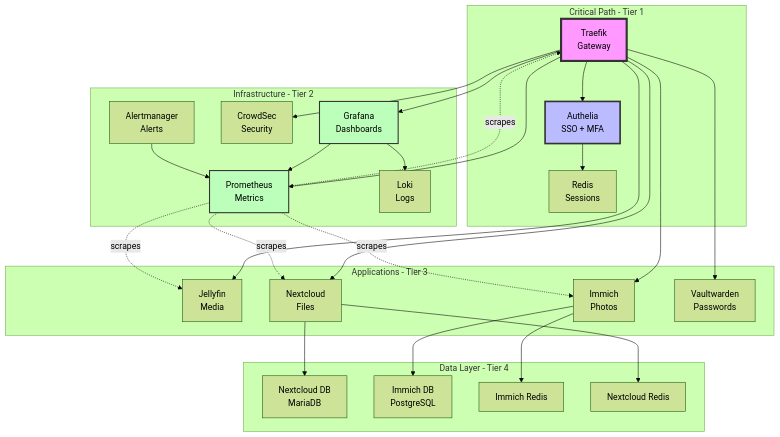
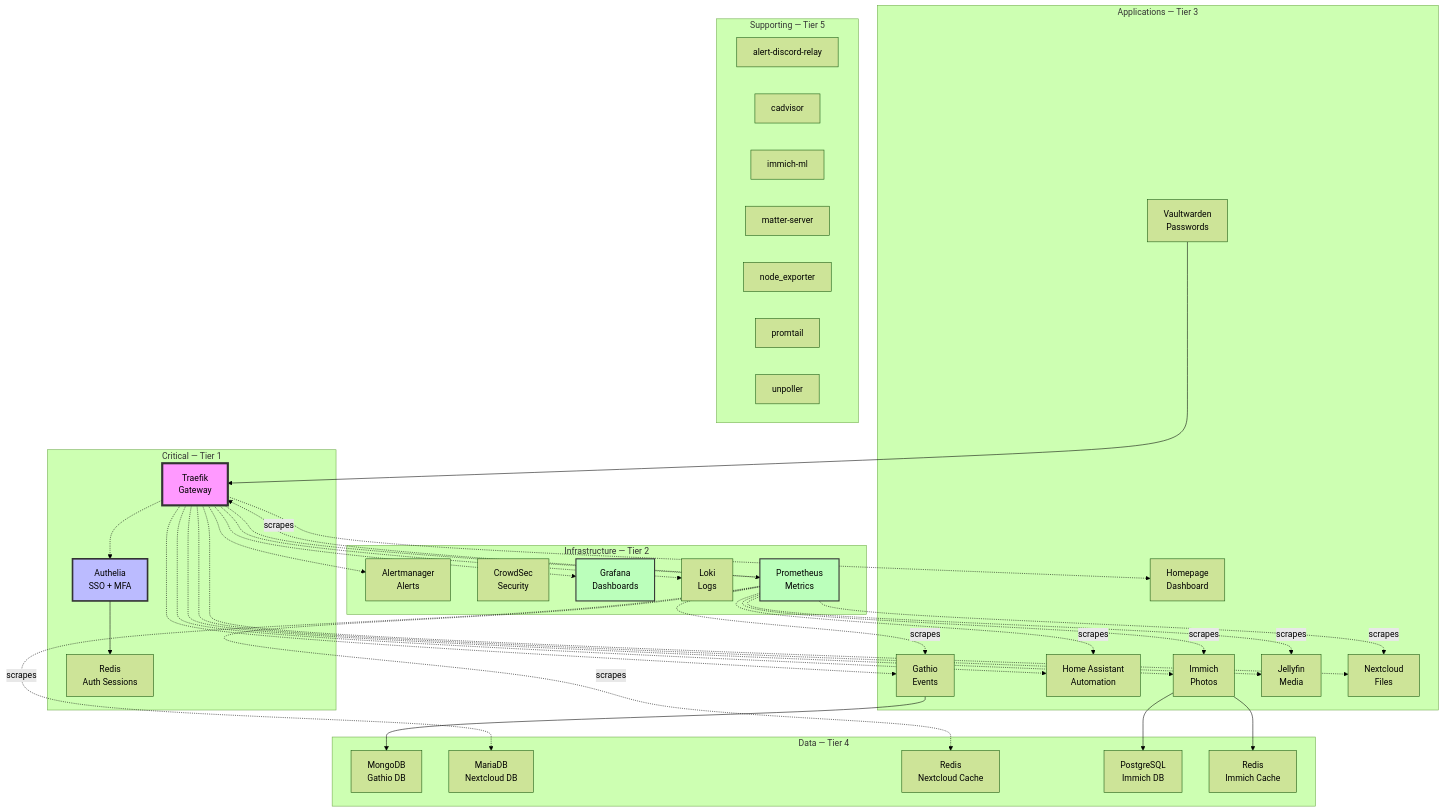
Before and after one commit to vonrobak/fedora-homelab-containers: the diagram in docs/AUTO-DEPENDENCY-GRAPH.md, drawn with Mermaid (forest theme). The commit also changed other lines of this file and 7 other files, not shown here.

````diff
--- a/docs/AUTO-DEPENDENCY-GRAPH.md
+++ b/docs/AUTO-DEPENDENCY-GRAPH.md
@@ -14,66 +12,80 @@
 ```mermaid
 graph TB
-    subgraph Critical[Critical Path - Tier 1]
+    subgraph Critical[Critical — Tier 1]
+        authelia[Authelia<br/>SSO + MFA]
+        redis_authelia[Redis<br/>Auth Sessions]
         traefik[Traefik<br/>Gateway]
-        authelia[Authelia<br/>SSO + MFA]
-        redis_authelia[Redis<br/>Sessions]
     end
 
-    subgraph Infrastructure[Infrastructure - Tier 2]
-        prometheus[Prometheus<br/>Metrics]
+    subgraph Infrastructure[Infrastructure — Tier 2]
+        alertmanager[Alertmanager<br/>Alerts]
+        crowdsec[CrowdSec<br/>Security]
         grafana[Grafana<br/>Dashboards]
         loki[Loki<br/>Logs]
-        crowdsec[CrowdSec<br/>Security]
-        alertmanager[Alertmanager<br/>Alerts]
+        prometheus[Prometheus<br/>Metrics]
     end
 
-    subgraph Applications[Applications - Tier 3]
+    subgraph Applications[Applications — Tier 3]
+        gathio[Gathio<br/>Events]
+        home_assistant[Home Assistant<br/>Automation]
+        homepage[Homepage<br/>Dashboard]
+        immich_server[Immich<br/>Photos]
         jellyfin[Jellyfin<br/>Media]
-        immich[Immich<br/>Photos]
         nextcloud[Nextcloud<br/>Files]
         vaultwarden[Vaultwarden<br/>Passwords]
     end
 
-    subgraph Data[Data Layer - Tier 4]
-        nextcloud_db[Nextcloud DB<br/>MariaDB]
-        immich_db[Immich DB<br/>PostgreSQL]
-        immich_redis[Immich Redis]
-        nextcloud_redis[Nextcloud Redis]
+    subgraph Data[Data — Tier 4]
+        gathio_db[MongoDB<br/>Gathio DB]
+        nextcloud_db[MariaDB<br/>Nextcloud DB]
+        nextcloud_redis[Redis<br/>Nextcloud Cache]
+        postgresql_immich[PostgreSQL<br/>Immich DB]
+        redis_immich[Redis<br/>Immich Cache]
     end
 
-    %% Critical path dependencies
-    traefik --> crowdsec
-    traefik --> authelia
+    subgraph Supporting[Supporting — Tier 5]
+        alert_discord_relay[alert-discord-relay]
+        cadvisor[cadvisor]
+        immich_ml[immich-ml]
+        matter_server[matter-server]
+        node_exporter[node_exporter]
+        promtail[promtail]
+        unpoller[unpoller]
+    end
+
+    %% Hard dependencies (from Requires= directives)
     authelia --> redis_authelia
+    gathio --> gathio_db
+    immich_server --> postgresql_immich
+    immich_server --> redis_immich
+    vaultwarden --> traefik
 
-    %% Application → Gateway dependencies
-    traefik --> jellyfin
-    traefik --> immich
-    traefik --> nextcloud
-    traefik --> vaultwarden
-    traefik --> prometheus
-    traefik --> grafana
+    %% Routing dependencies (services in reverse_proxy depend on Traefik)
+    traefik -.-> alertmanager
+    traefik -.-> authelia
+    traefik -.-> gathio
+    traefik -.-> grafana
+    traefik -.-> home_assistant
+    traefik -.-> homepage
+    traefik -.-> immich_server
+    traefik -.-> jellyfin
+    traefik -.-> loki
+    traefik -.-> nextcloud
+    traefik -.-> prometheus
 
-    %% Application → Data dependencies
-    nextcloud --> nextcloud_db
-    nextcloud --> nextcloud_redis
-    immich --> immich_db
-    immich --> immich_redis
-
-    %% Monitoring dependencies
-    grafana --> prometheus
-    grafana --> loki
-    alertmanager --> prometheus
-
-    %% Prometheus scrapes (dotted = soft dependency)
+    %% Monitoring (Prometheus scrapes via monitoring network)
+    prometheus -.->|scrapes| gathio
+    prometheus -.->|scrapes| home_assistant
+    prometheus -.->|scrapes| immich_server
+    prometheus -.->|scrapes| jellyfin
+    prometheus -.->|scrapes| nextcloud
+    prometheus -.->|scrapes| nextcloud_db
+    prometheus -.->|scrapes| nextcloud_redis
     prometheus -.->|scrapes| traefik
-    prometheus -.->|scrapes| jellyfin
-    prometheus -.->|scrapes| immich
-    prometheus -.->|scrapes| nextcloud
 
     %% Styling
     style traefik fill:#f9f,stroke:#333,stroke-width:4px
     style authelia fill:#bbf,stroke:#333,stroke-width:3px
     style prometheus fill:#bfb,stroke:#333,stroke-width:2px
     style grafana fill:#bfb,stroke:#333,stroke-width:2px
 ```
````
